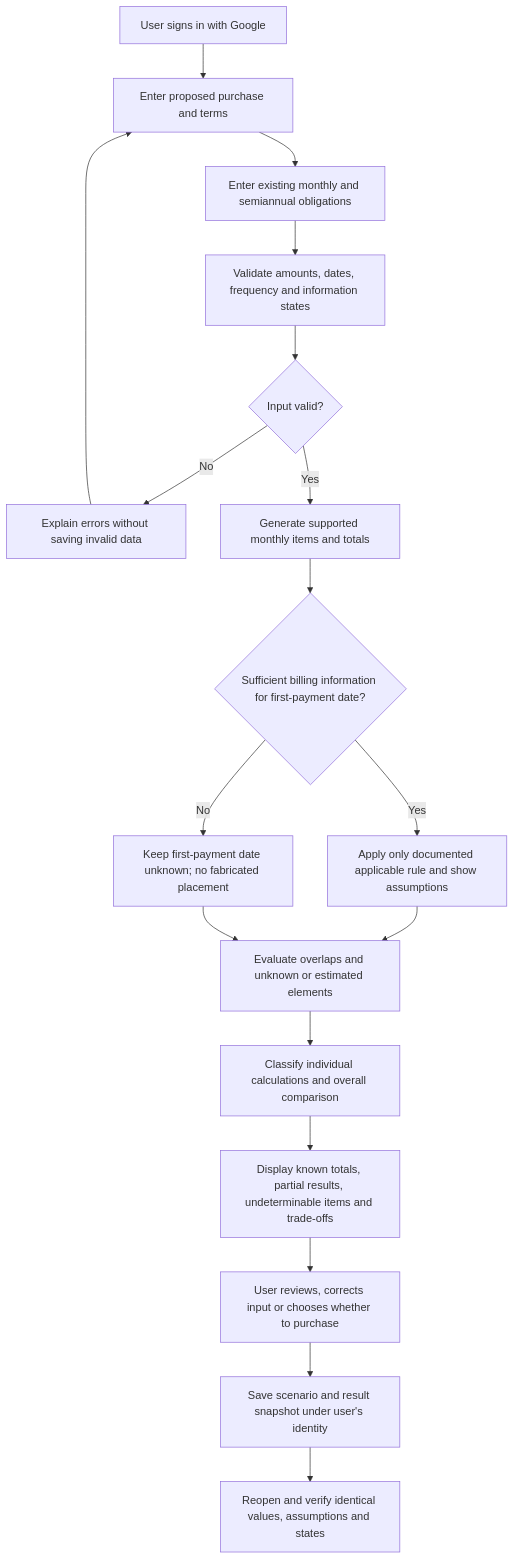
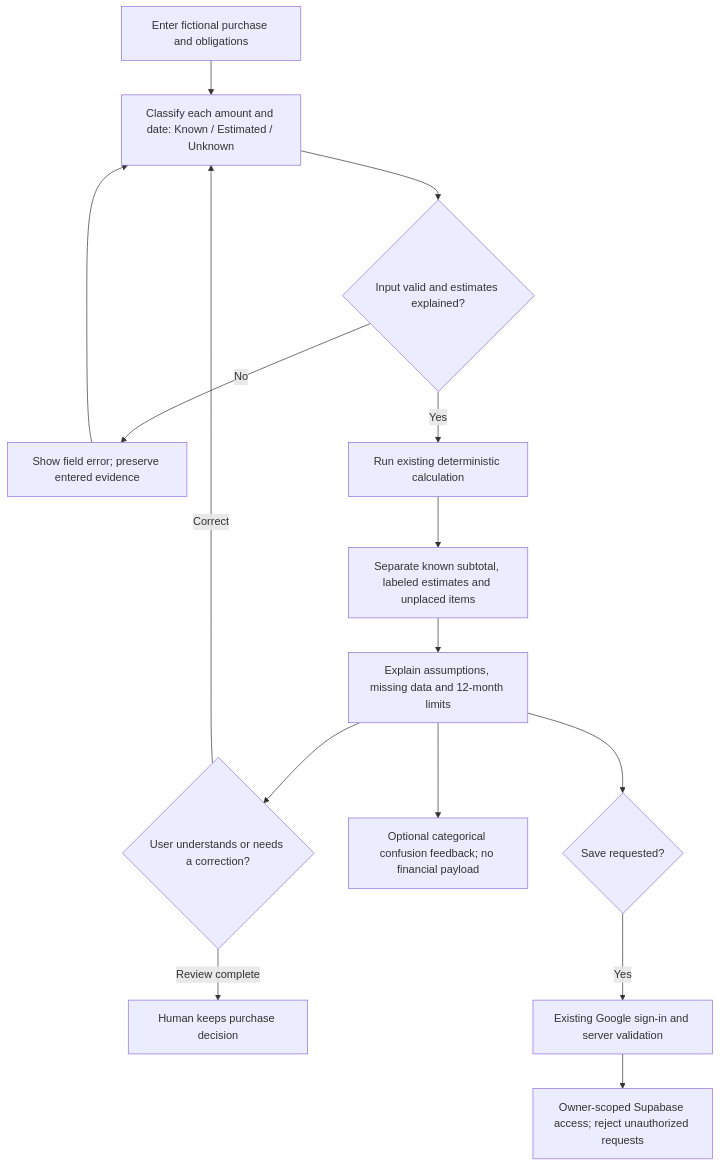
The first of 2 diagrams in docs/PACKET.md (anamariabuilds-source/debt-check-mx-week12), drawn with Mermaid before and after one commit. The commit also changed other lines of this file and 5 other files, not shown here.

````diff
--- a/docs/PACKET.md
+++ b/docs/PACKET.md
@@ -31,20 +57,17 @@
 ```mermaid
 flowchart TD
-    A[User signs in with Google] --> B[Enter proposed purchase and terms]
-    B --> C[Enter existing monthly and semiannual obligations]
-    C --> D[Validate amounts, dates, frequency and information states]
-    D --> E{Input valid?}
-    E -- No --> F[Explain errors without saving invalid data]
-    F --> B
-    E -- Yes --> G[Generate supported monthly items and totals]
-    G --> H{Sufficient billing information for first-payment date?}
-    H -- Yes --> I[Apply only documented applicable rule and show assumptions]
-    H -- No --> J[Keep first-payment date unknown; no fabricated placement]
-    I --> K[Evaluate overlaps and unknown or estimated elements]
-    J --> K
-    K --> L[Classify individual calculations and overall comparison]
-    L --> M[Display known totals, partial results, undeterminable items and trade-offs]
-    M --> N[User reviews, corrects input or chooses whether to purchase]
-    N --> O[Save scenario and result snapshot under user's identity]
-    O --> P[Reopen and verify identical values, assumptions and states]
+    A["Enter fictional purchase and obligations"] --> B["Classify each amount and date: Known / Estimated / Unknown"]
+    B --> C{"Input valid and estimates explained?"}
+    C -- No --> D["Show field error; preserve entered evidence"]
+    D --> B
+    C -- Yes --> E["Run existing deterministic calculation"]
+    E --> F["Separate known subtotal, labeled estimates and unplaced items"]
+    F --> G["Explain assumptions, missing data and 12-month limits"]
+    G --> H{"User understands or needs a correction?"}
+    H -- Correct --> B
+    H -- Review complete --> I["Human keeps purchase decision"]
+    G --> J["Optional categorical confusion feedback; no financial payload"]
+    G --> K{"Save requested?"}
+    K -- Yes --> L["Existing Google sign-in and server validation"]
+    L --> M["Owner-scoped Supabase access; reject unauthorized requests"]
 ```
````
